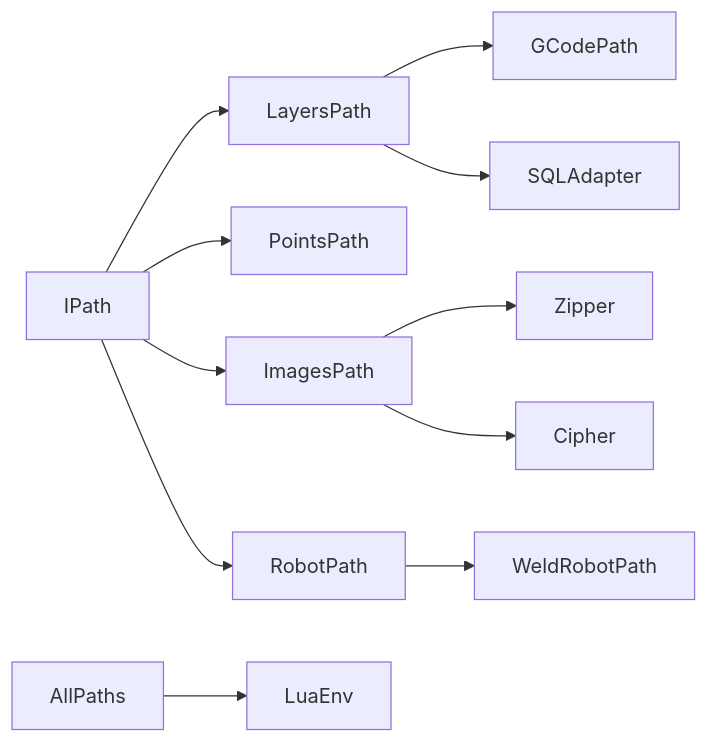
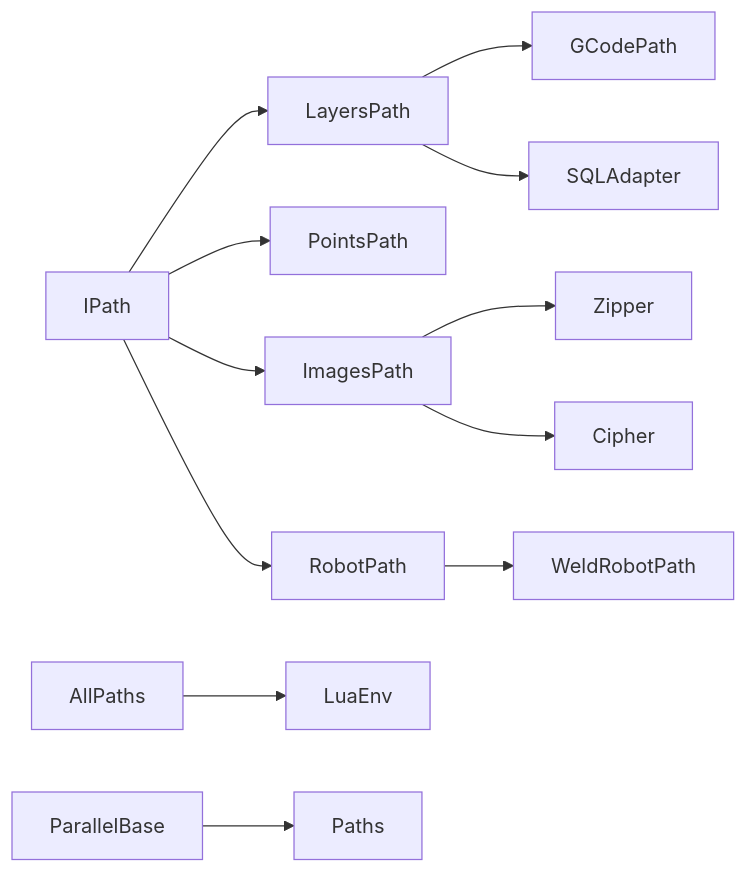
One commit to hsmbanlance/HsBaSlicer changed the tenth of 10 diagrams in .qoder/repowiki/zh/content/核心模块详解/路径输出管理 (Path Output Management)/路径输出管理 (Path Output Management).md. Above: the diagram before and after it, drawn with Mermaid. The commit also changed other lines of this file and 365 other files, not shown here.

````diff
--- a/.qoder/repowiki/zh/content/核心模块详解/路径输出管理 (Path Output Management)/路径输出管理 (Path Output Management).md
+++ b/.qoder/repowiki/zh/content/核心模块详解/路径输出管理 (Path Output Management)/路径输出管理 (Path Output Management).md
@@ -469,13 +539,14 @@
 ```mermaid
 graph LR
 IPath --> LayersPath
 LayersPath --> GCodePath
 IPath --> PointsPath
 IPath --> ImagesPath
 IPath --> RobotPath
 RobotPath --> WeldRobotPath
 ImagesPath --> Zipper
 ImagesPath --> Cipher
 LayersPath --> SQLAdapter
 AllPaths --> LuaEnv
+ParallelBase --> Paths
 ```
````
